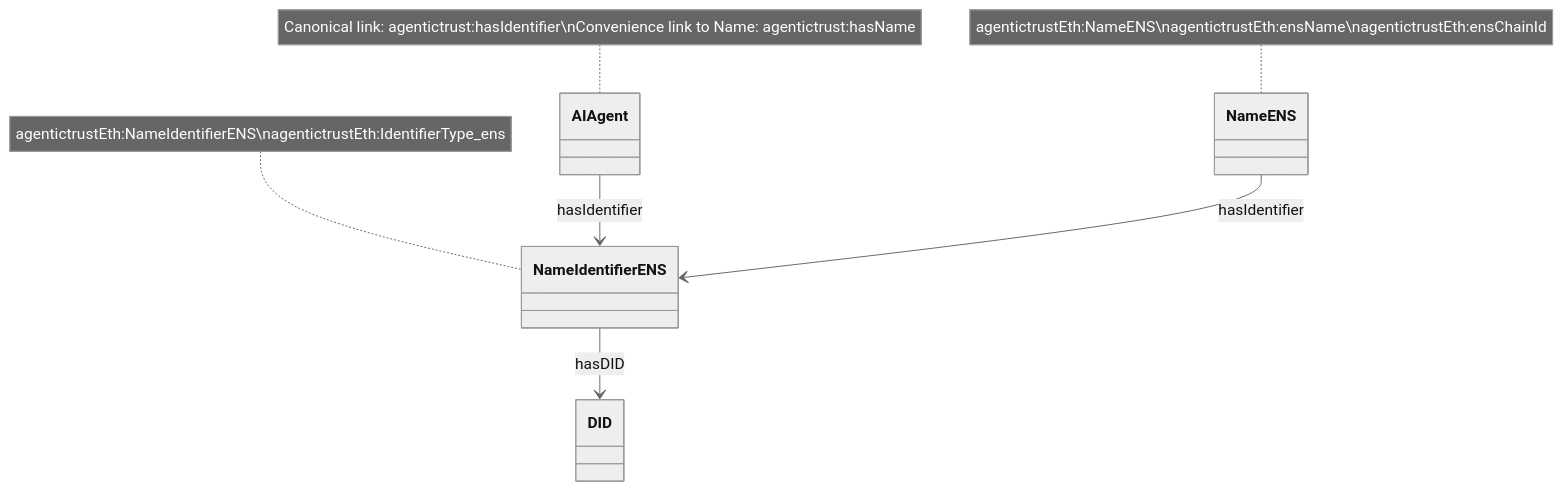
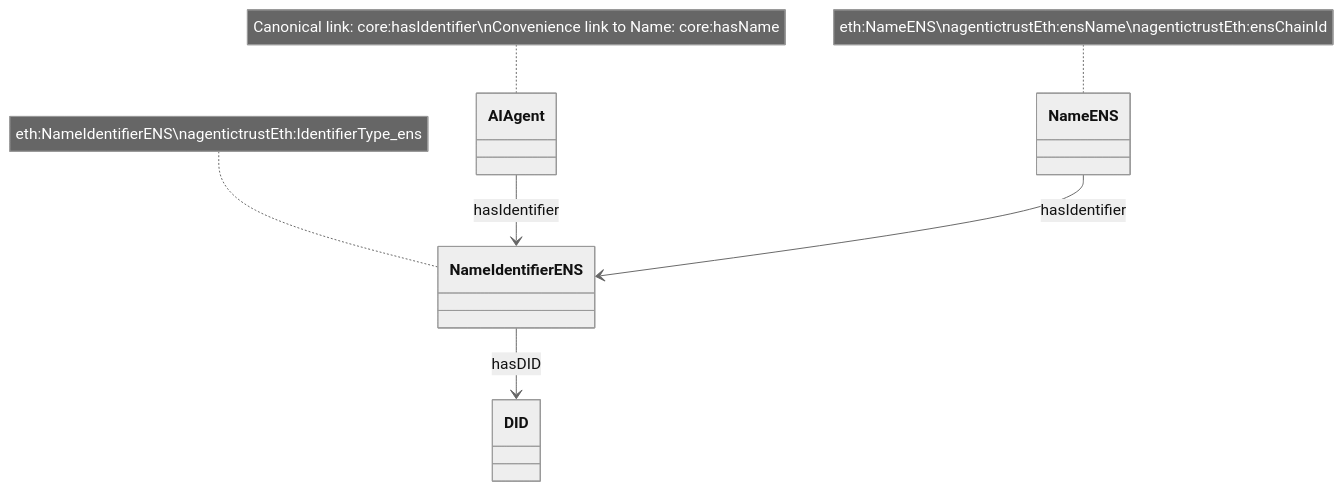
One commit to Agentic-Trust-Layer/agent-explorer changed the fourth of 6 diagrams in docs/ontology/identifiers.md. Above: the diagram before and after it, drawn with Mermaid (neutral theme). The commit also changed other lines of this file and 49 other files, not shown here.

````diff
--- a/docs/ontology/identifiers.md
+++ b/docs/ontology/identifiers.md
@@ -172,15 +172,15 @@
 ```mermaid
 classDiagram
     class AIAgent
     class NameENS
     class NameIdentifierENS
     class DID
     
     AIAgent --> NameIdentifierENS : hasIdentifier
     NameENS --> NameIdentifierENS : hasIdentifier
     NameIdentifierENS --> DID : hasDID
     
-    note for AIAgent "Canonical link: agentictrust:hasIdentifier\nConvenience link to Name: agentictrust:hasName"
-    note for NameENS "agentictrustEth:NameENS\nagentictrustEth:ensName\nagentictrustEth:ensChainId"
-    note for NameIdentifierENS "agentictrustEth:NameIdentifierENS\nagentictrustEth:IdentifierType_ens"
+    note for AIAgent "Canonical link: core:hasIdentifier\nConvenience link to Name: core:hasName"
+    note for NameENS "eth:NameENS\nagentictrustEth:ensName\nagentictrustEth:ensChainId"
+    note for NameIdentifierENS "eth:NameIdentifierENS\nagentictrustEth:IdentifierType_ens"
 ```
````
